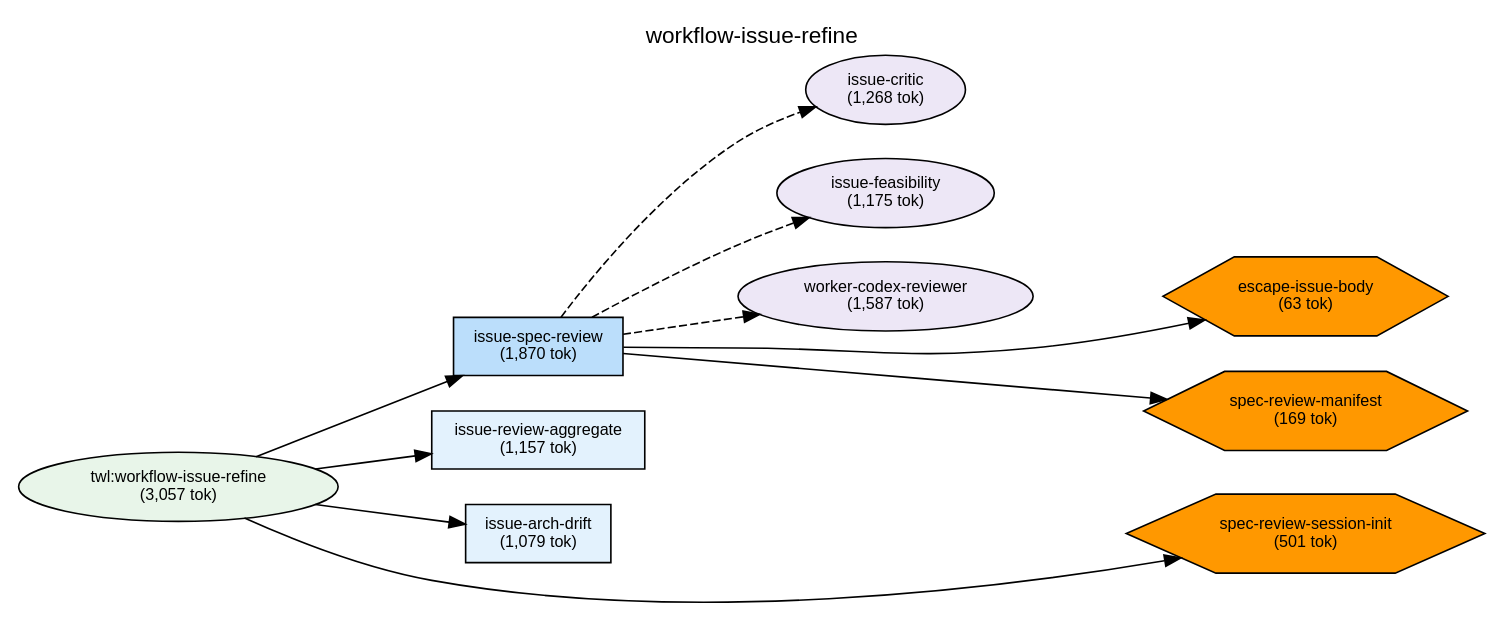
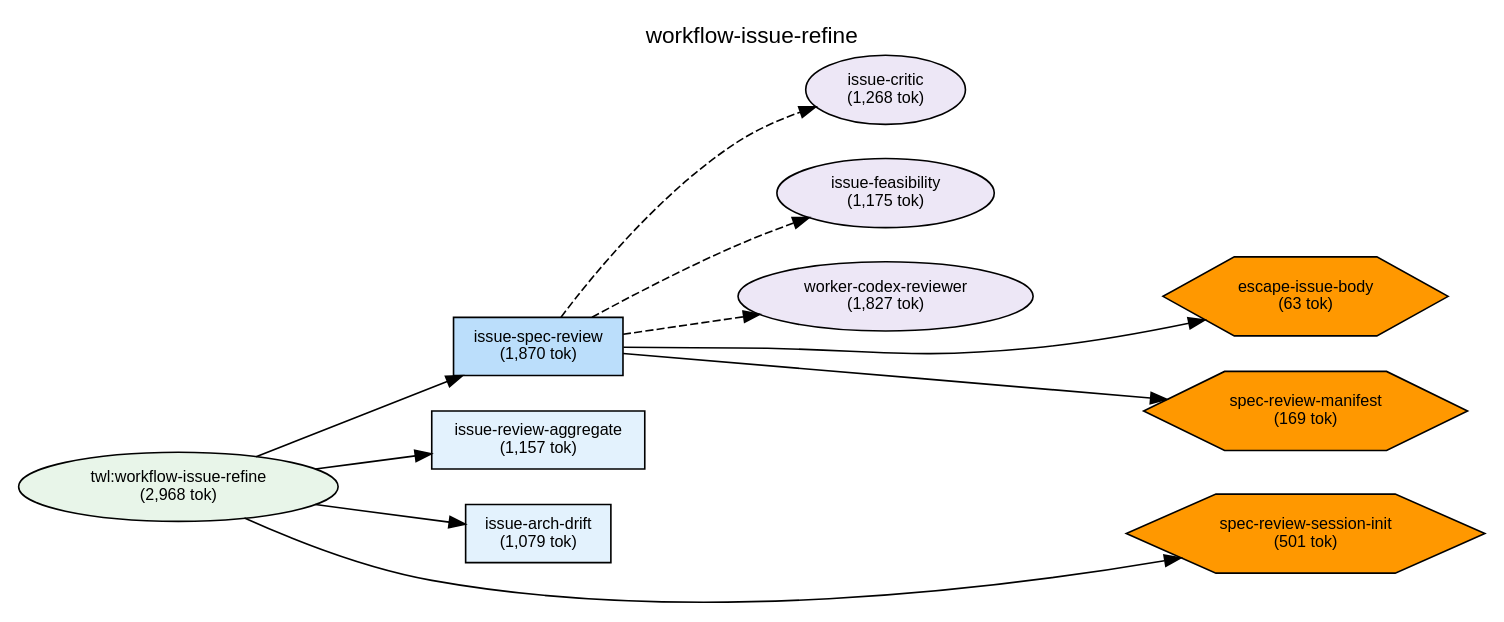
The diagram in plugins/twl/docs/deps-workflow-issue-refine.dot (shuu5/twill), drawn with Graphviz before and after one commit. The commit also changed 29 other files, not shown here.

```diff
--- a/plugins/twl/docs/deps-workflow-issue-refine.dot
+++ b/plugins/twl/docs/deps-workflow-issue-refine.dot
@@ -1,69 +1,69 @@
 digraph Dependencies {
     // Graph settings
     rankdir=LR;
     ranksep=0.8;
     nodesep=0.3;
     fontname="Helvetica";
     node [fontname="Helvetica", fontsize=10];
     edge [fontname="Helvetica", fontsize=9];
     label="workflow-issue-refine";
     labelloc=t;
     fontsize=14;
 
     // L0: Controller Skills
 
     // L0: Launchers
 
     // L0.5: Workflow Skills
-    skill_workflow_issue_refine [label="twl:workflow-issue-refine\n(3,057 tok)", shape=ellipse, style=filled, fillcolor="#e8f5e9"];
+    skill_workflow_issue_refine [label="twl:workflow-issue-refine\n(2,968 tok)", shape=ellipse, style=filled, fillcolor="#e8f5e9"];
 
     // Reference Skills
 
     // L1: Direct Commands
     cmd_issue_spec_review [label="issue-spec-review\n(1,870 tok)", shape=box, style=filled, fillcolor="#bbdefb"];
     cmd_issue_review_aggregate [label="issue-review-aggregate\n(1,157 tok)", shape=box, style=filled, fillcolor="#e3f2fd"];
     cmd_issue_arch_drift [label="issue-arch-drift\n(1,079 tok)", shape=box, style=filled, fillcolor="#e3f2fd"];
 
     // L2: Sub Commands
 
     // L3: Agents
     agent_issue_critic [label="issue-critic\n(1,268 tok)", shape=ellipse, style=filled, fillcolor="#ede7f6"];
     agent_issue_feasibility [label="issue-feasibility\n(1,175 tok)", shape=ellipse, style=filled, fillcolor="#ede7f6"];
-    agent_worker_codex_reviewer [label="worker-codex-reviewer\n(1,587 tok)", shape=ellipse, style=filled, fillcolor="#ede7f6"];
+    agent_worker_codex_reviewer [label="worker-codex-reviewer\n(1,827 tok)", shape=ellipse, style=filled, fillcolor="#ede7f6"];
 
     // L3.5: Scripts
     script_escape_issue_body [label="escape-issue-body\n(63 tok)", shape=hexagon, style=filled, fillcolor="#FF9800"];
     script_spec_review_manifest [label="spec-review-manifest\n(169 tok)", shape=hexagon, style=filled, fillcolor="#FF9800"];
     script_spec_review_session_init [label="spec-review-session-init\n(501 tok)", shape=hexagon, style=filled, fillcolor="#FF9800"];
 
     // L4: External
 
     // Layer constraints
     { rank=same; skill_workflow_issue_refine; }
     { rank=same; cmd_issue_spec_review; cmd_issue_review_aggregate; cmd_issue_arch_drift; }
     { rank=same; agent_issue_critic; agent_issue_feasibility; agent_worker_codex_reviewer; }
     { rank=same; script_escape_issue_body; script_spec_review_manifest; script_spec_review_session_init; }
 
     // Edges
     skill_workflow_issue_refine -> cmd_issue_spec_review;
     skill_workflow_issue_refine -> cmd_issue_review_aggregate;
     skill_workflow_issue_refine -> cmd_issue_arch_drift;
     skill_workflow_issue_refine -> script_spec_review_session_init;
     cmd_issue_spec_review -> agent_issue_critic [style=dashed];
     cmd_issue_spec_review -> agent_issue_feasibility [style=dashed];
     cmd_issue_spec_review -> agent_worker_codex_reviewer [style=dashed];
     cmd_issue_spec_review -> script_escape_issue_body;
     cmd_issue_spec_review -> script_spec_review_manifest;
 
     // Ordering constraints (invisible edges)
     cmd_issue_spec_review -> cmd_issue_review_aggregate [style=invis, weight=10];
     cmd_issue_review_aggregate -> cmd_issue_arch_drift [style=invis, weight=10];
     cmd_issue_spec_review -> cmd_issue_review_aggregate [style=invis, weight=10];
     cmd_issue_review_aggregate -> cmd_issue_arch_drift [style=invis, weight=10];
     cmd_issue_arch_drift -> script_spec_review_session_init [style=invis, weight=10];
     agent_issue_critic -> agent_issue_feasibility [style=invis, weight=10];
     agent_issue_feasibility -> agent_worker_codex_reviewer [style=invis, weight=10];
     agent_worker_codex_reviewer -> script_escape_issue_body [style=invis, weight=10];
     script_escape_issue_body -> script_spec_review_manifest [style=invis, weight=10];
 
 }
```
